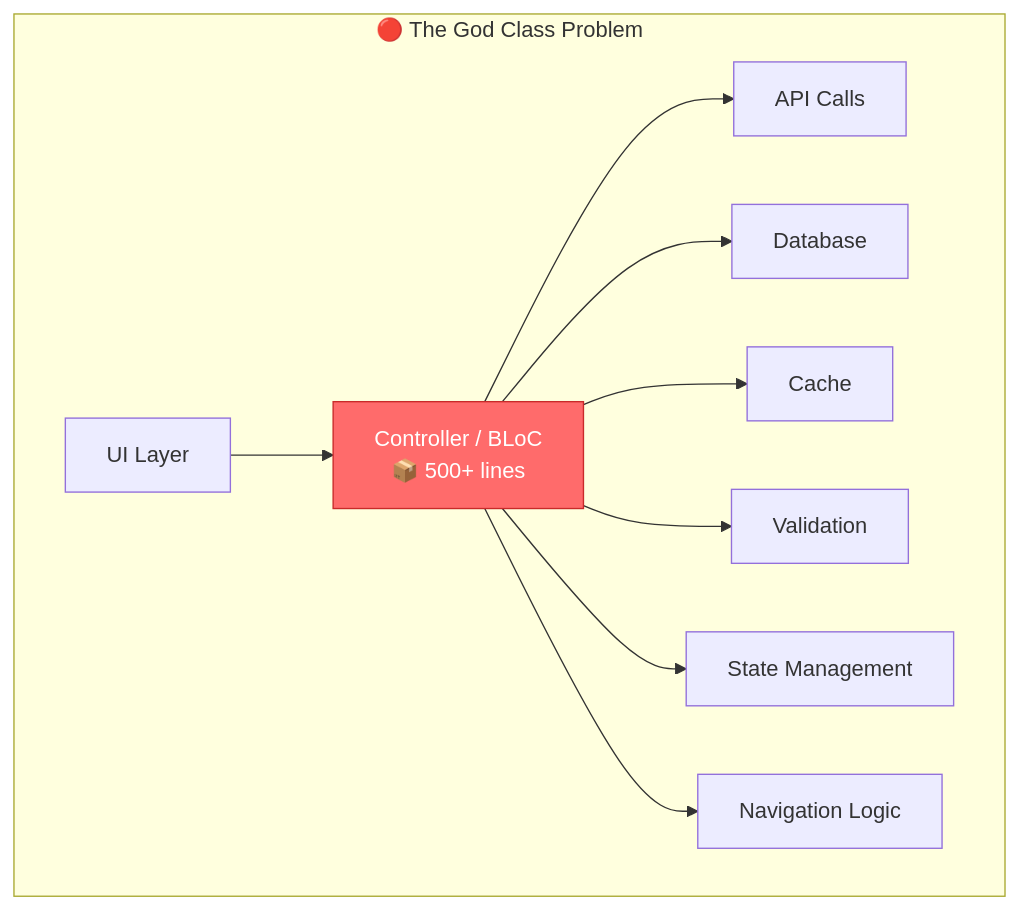
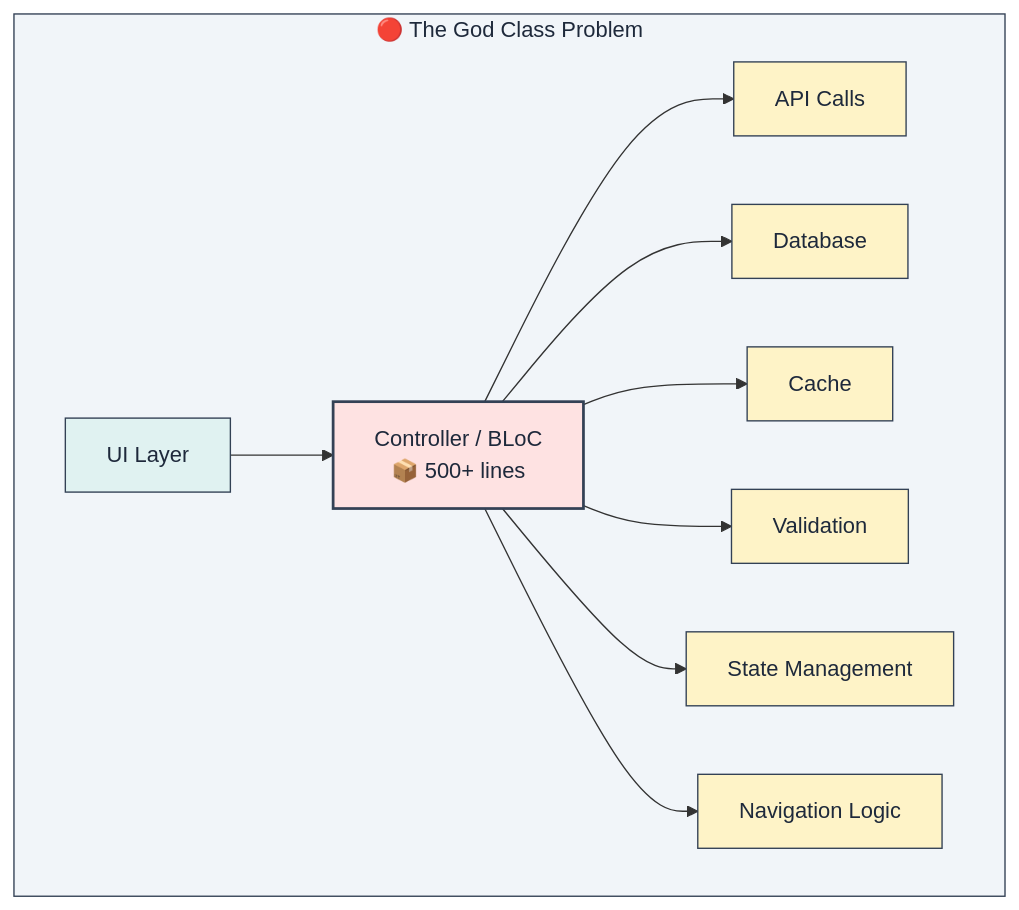
One commit to lploc94/flutter_orchestrator changed the first of 6 diagrams in book/chapters/01_the_pain.md. Above: the diagram before and after it, drawn with Mermaid. The commit also changed other lines of this file and 3 other files, not shown here.

````diff
--- a/book/chapters/01_the_pain.md
+++ b/book/chapters/01_the_pain.md
@@ -15,14 +15,22 @@
 ```mermaid
 graph TB
     subgraph GodClass["🔴 The God Class Problem"]
         UI["UI Layer"] --> Controller["Controller / BLoC<br/>📦 500+ lines"]
         Controller --> API["API Calls"]
         Controller --> DB["Database"]
         Controller --> Cache["Cache"]
         Controller --> Validation["Validation"]
         Controller --> State["State Management"]
         Controller --> Navigation["Navigation Logic"]
     end
     
-    style Controller fill:#ff6b6b,stroke:#c92a2a,color:#fff
+    style GodClass fill:#f1f5f9,stroke:#334155,color:#1e293b
+    style Controller fill:#fee2e2,stroke:#334155,stroke-width:2px,color:#1e293b
+    style UI fill:#e0f2f1,stroke:#334155,color:#1e293b
+    style API fill:#fef3c7,stroke:#334155,color:#1e293b
+    style DB fill:#fef3c7,stroke:#334155,color:#1e293b
+    style Cache fill:#fef3c7,stroke:#334155,color:#1e293b
+    style Validation fill:#fef3c7,stroke:#334155,color:#1e293b
+    style State fill:#fef3c7,stroke:#334155,color:#1e293b
+    style Navigation fill:#fef3c7,stroke:#334155,color:#1e293b
 ```
````
